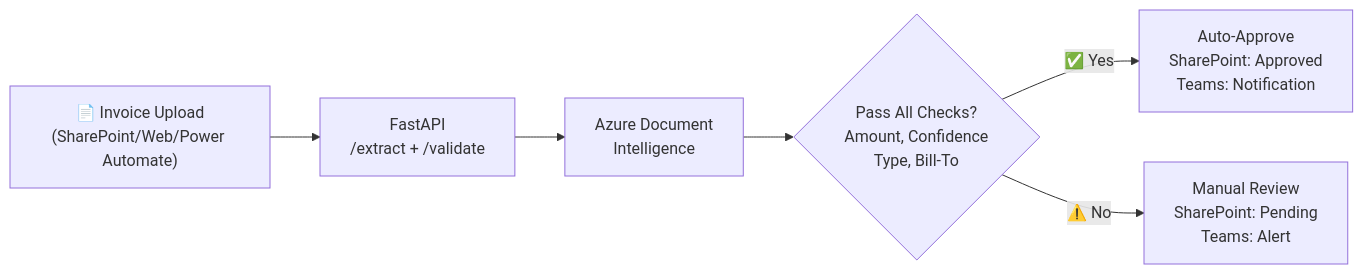
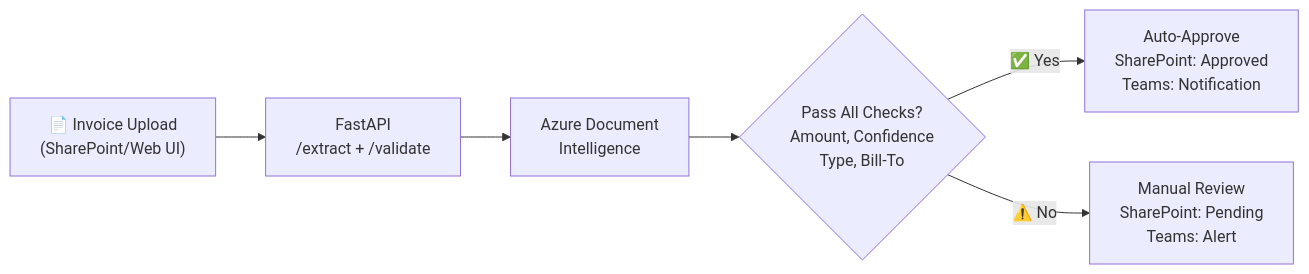
One commit to ammons-datalabs/adl-m365-automation-starter changed the diagram in README.md. Above: the diagram before and after it, drawn with Mermaid. The commit also changed other lines of this file and 12 other files, not shown here.

First line of the commit message:
Refactor: Remove Power Automate, deprecate /process endpoint, improve docs

````diff
--- a/README.md
+++ b/README.md
@@ -90,8 +89,8 @@
 ```mermaid
 flowchart LR
-  A["📄 Invoice Upload<br/>(SharePoint/Web/Power Automate)"] --> B["FastAPI<br/>/extract + /validate"]
+  A["📄 Invoice Upload<br/>(SharePoint/Web UI)"] --> B["FastAPI<br/>/extract + /validate"]
   B --> C["Azure Document<br/>Intelligence"]
   C --> D{"Pass All Checks?<br/>Amount, Confidence<br/>Type, Bill-To"}
   D -->|"✅ Yes"| E["Auto-Approve<br/>SharePoint: Approved<br/>Teams: Notification"]
   D -->|"⚠️ No"| F["Manual Review<br/>SharePoint: Pending<br/>Teams: Alert"]
 ```
````
